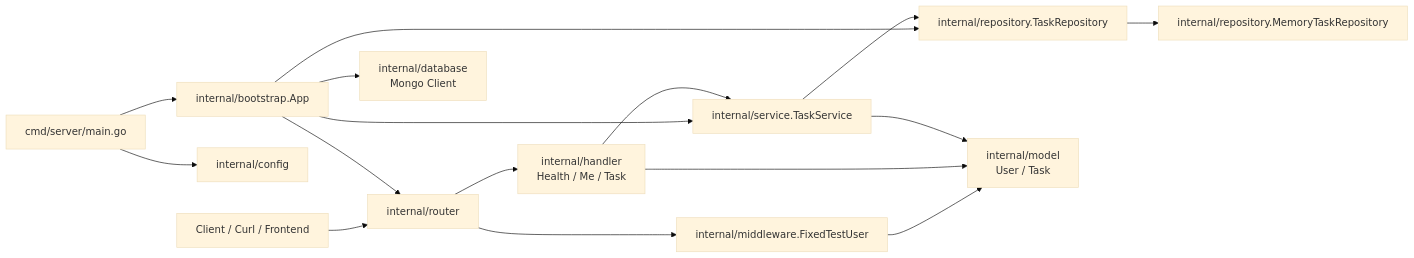
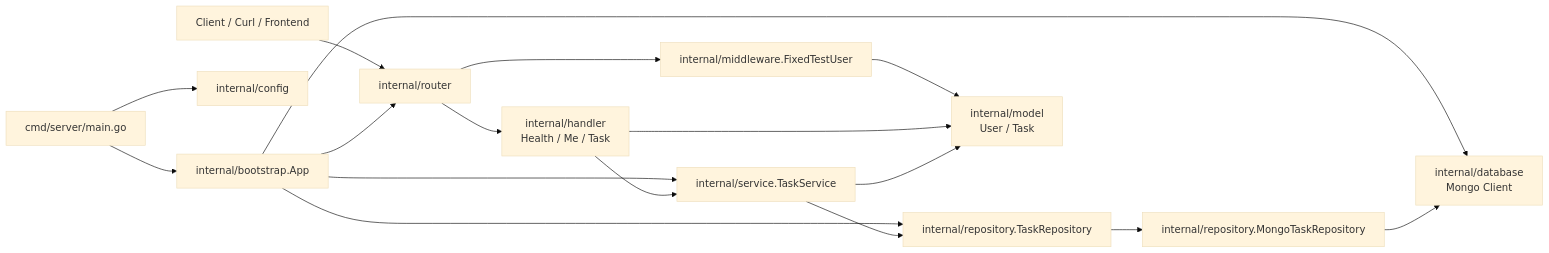
Before and after one commit to AsaqeLee/taskflow: the first of 2 diagrams in README.md, drawn with Mermaid (base theme). The commit also changed other lines of this file and 9 other files, not shown here.

First line of the commit message:
feat(database): 集成 MongoDB 并实现 task_mongo 仓库

````diff
--- a/README.md
+++ b/README.md
@@ -11,36 +129,37 @@
 ```mermaid
 flowchart LR
     Client[Client / Curl / Frontend]
     Main[cmd/server/main.go]
     Config[internal/config]
     App[internal/bootstrap.App]
     Router[internal/router]
     Middleware[internal/middleware.FixedTestUser]
     Handlers[internal/handler<br/>Health / Me / Task]
     Service[internal/service.TaskService]
     Repo[internal/repository.TaskRepository]
-    MemoryRepo[internal/repository.MemoryTaskRepository]
+    MongoRepo[internal/repository.MongoTaskRepository]
     Models[internal/model<br/>User / Task]
     DB[internal/database<br/>Mongo Client]
 
-    Client --> Router
     Main --> Config
     Main --> App
+    Client --> Router
 
     App --> Router
     App --> Service
     App --> Repo
     App --> DB
 
     Router --> Middleware
     Router --> Handlers
 
     Middleware --> Models
     Handlers --> Service
     Handlers --> Models
 
     Service --> Repo
     Service --> Models
 
-    Repo --> MemoryRepo
+    Repo --> MongoRepo
+    MongoRepo --> DB
 ```
````
